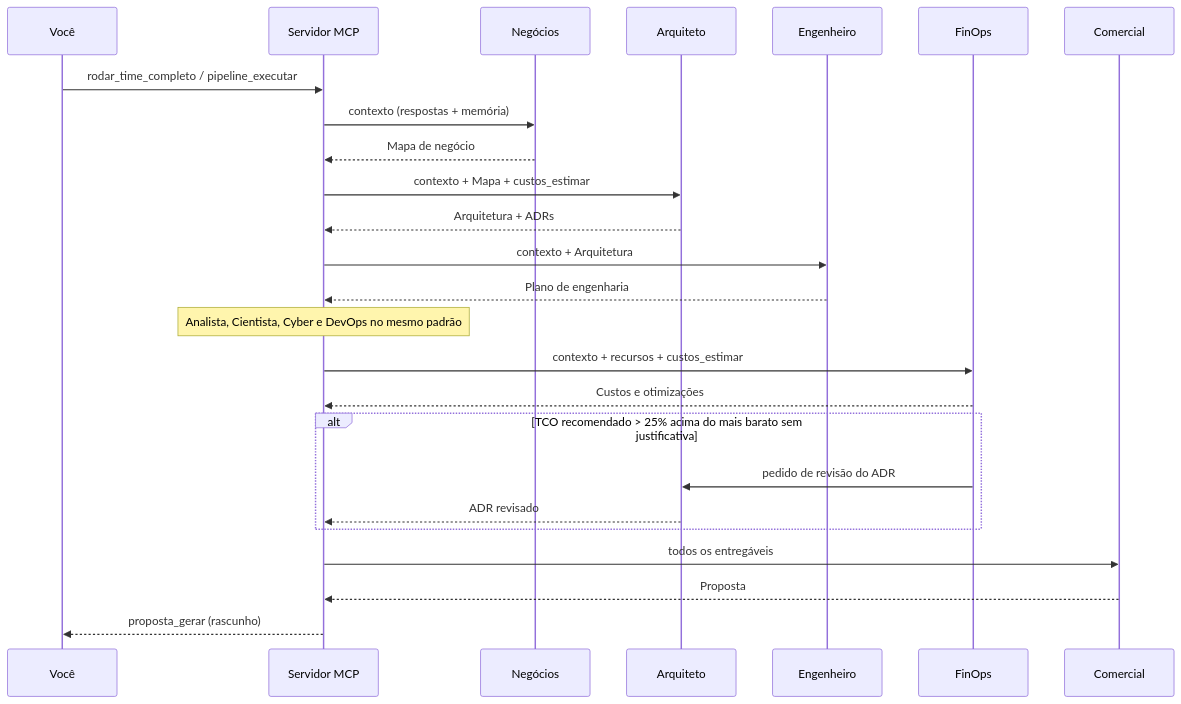
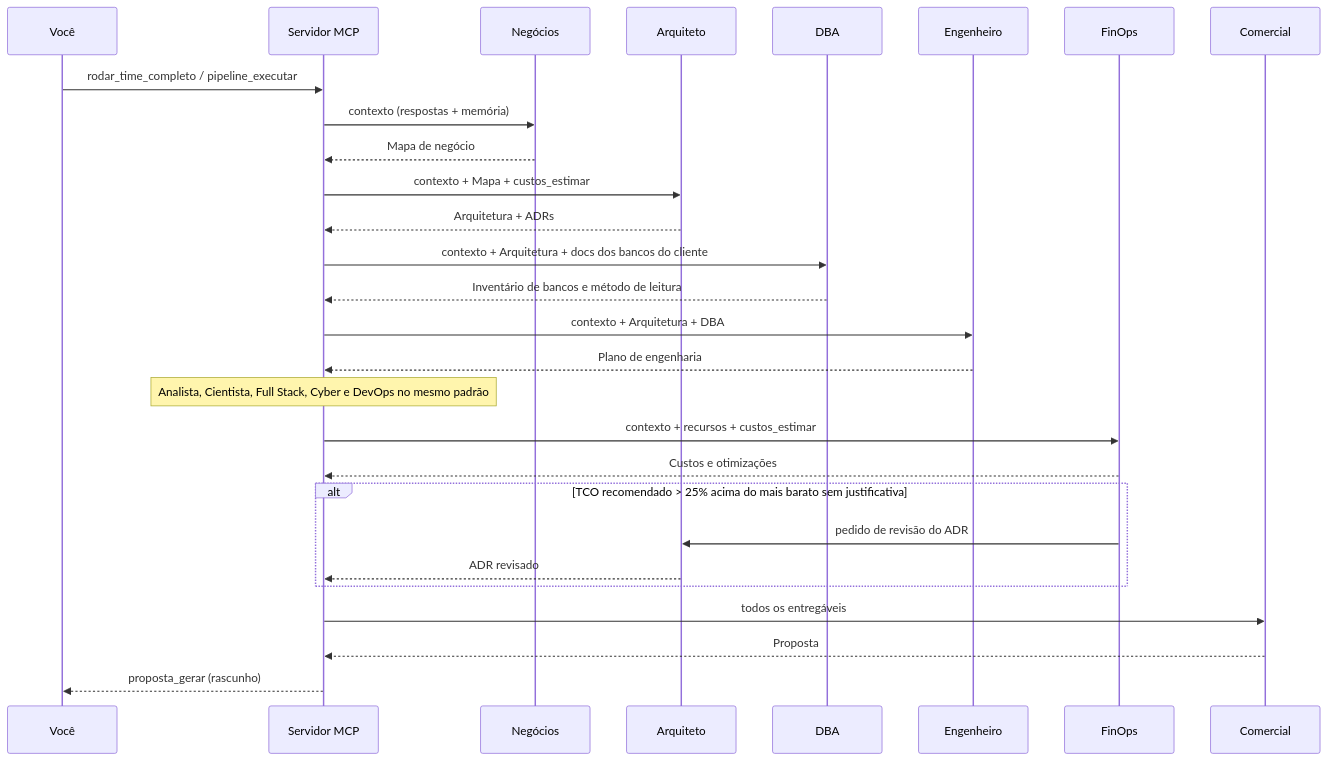
The third of 4 diagrams in plataforma-dados/docs/03-processos.md (Guigarciarosa/gi), drawn with Mermaid before and after one commit. The commit also changed other lines of this file and 69 other files, not shown here.

First line of the commit message:
Agentes DBA e Full Stack, base de conhecimento de SGBDs e calculadora de preços

````diff
--- a/plataforma-dados/docs/03-processos.md
+++ b/plataforma-dados/docs/03-processos.md
@@ -54,27 +54,30 @@
 ```mermaid
 sequenceDiagram
   participant V as Você
   participant M as Servidor MCP
   participant N as Negócios
   participant A as Arquiteto
+  participant D as DBA
   participant E as Engenheiro
   participant F as FinOps
   participant C as Comercial
   V->>M: rodar_time_completo / pipeline_executar
   M->>N: contexto (respostas + memória)
   N-->>M: Mapa de negócio
   M->>A: contexto + Mapa + custos_estimar
   A-->>M: Arquitetura + ADRs
-  M->>E: contexto + Arquitetura
+  M->>D: contexto + Arquitetura + docs dos bancos do cliente
+  D-->>M: Inventário de bancos e método de leitura
+  M->>E: contexto + Arquitetura + DBA
   E-->>M: Plano de engenharia
-  Note over M: Analista, Cientista, Cyber e DevOps no mesmo padrão
+  Note over M: Analista, Cientista, Full Stack, Cyber e DevOps no mesmo padrão
   M->>F: contexto + recursos + custos_estimar
   F-->>M: Custos e otimizações
   alt TCO recomendado > 25% acima do mais barato sem justificativa
     F->>A: pedido de revisão do ADR
     A-->>M: ADR revisado
   end
   M->>C: todos os entregáveis
   C-->>M: Proposta
   M-->>V: proposta_gerar (rascunho)
 ```
````
